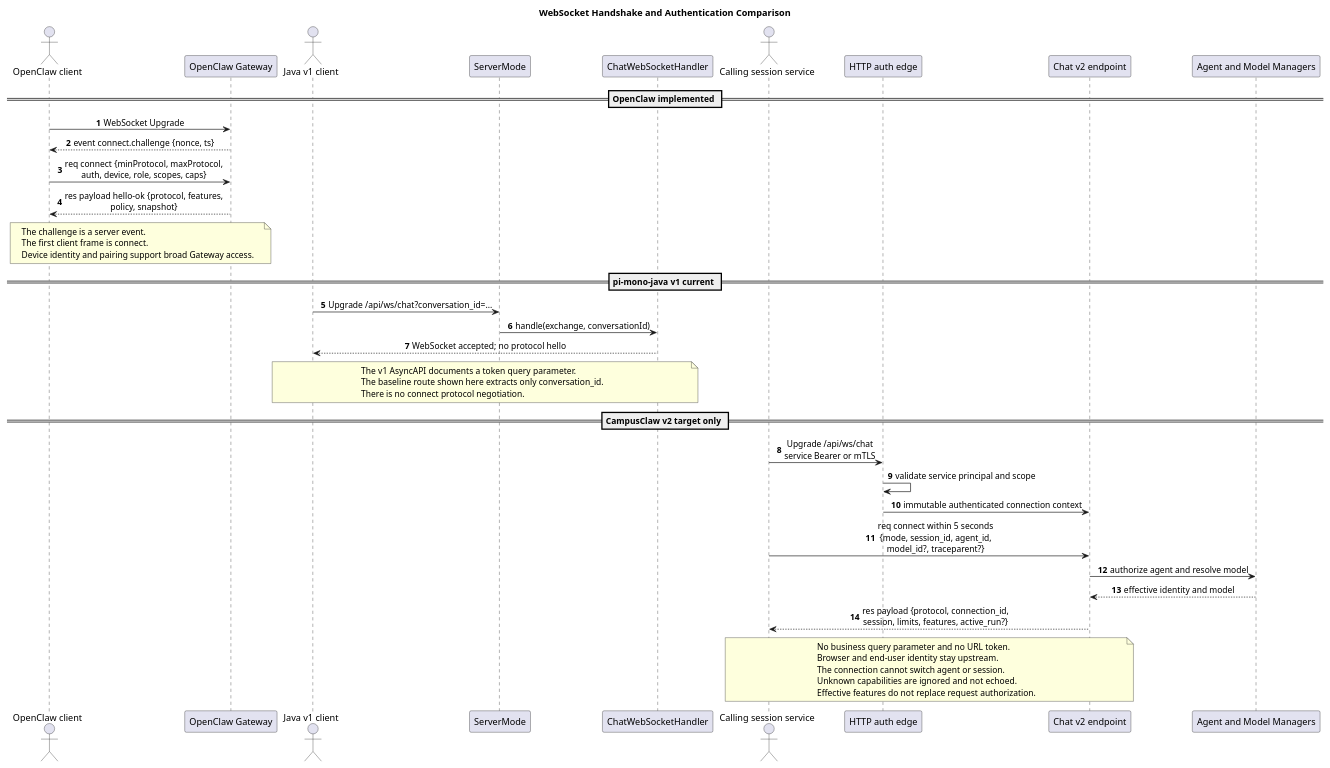
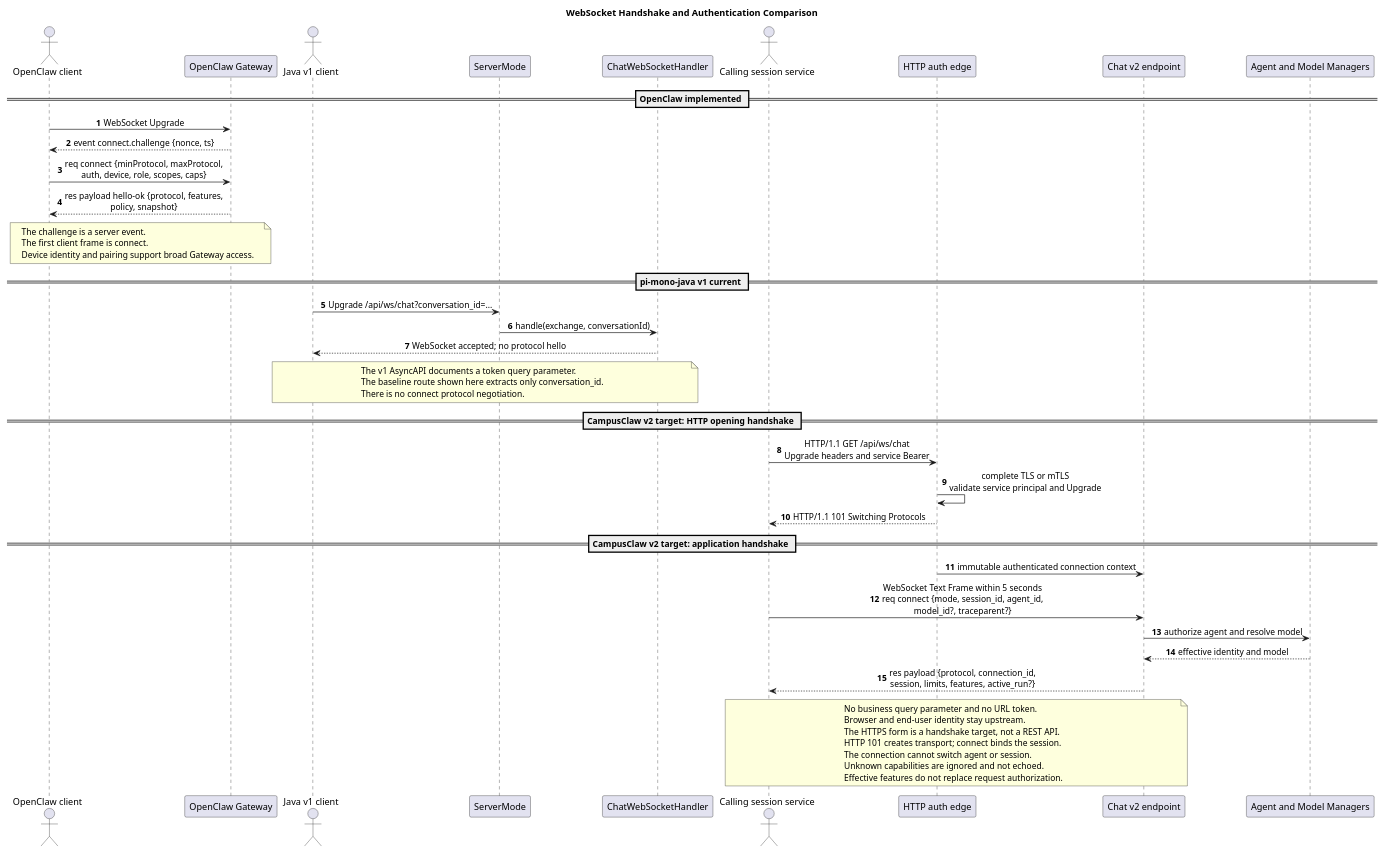
One commit to superheromeZzh/pi-mono-java-design changed the second of 4 diagrams in openclaw-campusclaw-websocket-comparison/diagram.puml. Above: the diagram before and after it, drawn with PlantUML. The commit also changed 12 other files, not shown here.

Commit message:
docs(ws): clarify HTTP upgrade boundary

```diff
--- a/openclaw-campusclaw-websocket-comparison/diagram.puml
+++ b/openclaw-campusclaw-websocket-comparison/diagram.puml
@@ -89,70 +89,76 @@
 @startuml websocket_handshake_comparison
 title WebSocket Handshake and Authentication Comparison
 
 ' OpenClaw baseline: b015925bc30f6a8363f290b07d5f8588e21422b8, Gateway Protocol v4
 ' Source: docs/gateway/protocol.md (Handshake, authentication, protocol versioning)
 ' Source: docs/gateway/clients.md (scopes, pairing, capabilities)
 ' Source: packages/gateway-protocol/src/schema/frames.ts (ConnectParamsSchema, HelloOkSchema)
 ' pi-mono-java baseline: 1f7a5423219edfa4519d8719f1cc8a188ed72873
 ' Source: modules/coding-agent-cli/src/main/java/com/campusclaw/codingagent/mode/server/ServerMode.java (configureRoutes)
 ' Source: docs/asyncapi/chat-ws.yaml (query parameters and v1 messages)
 ' Target source: pi-mono-java-manager-driven-multi-agent-runtime/chat-ws-v2.asyncapi.yaml
 ' Observed behavior: OpenClaw emits a challenge before the first client connect Request Frame.
 ' Current Java behavior: the route reads conversation_id and creates or resumes a session immediately.
 ' Target design: CampusClaw authenticates the Upgrade and then requires connect within five seconds.
 ' Target design: the Runtime authenticates only the calling service, not the end user.
+' Target design: HTTP 101 and the connect RequestFrame are different handshake layers.
 ' Design reason: service credentials stay in transport authentication and never enter chat payloads.
 
 skinparam backgroundColor #FFFFFF
 skinparam shadowing false
 skinparam sequenceMessageAlign center
 skinparam defaultFontName Arial
 autonumber
 
 actor "OpenClaw client" as OC
 participant "OpenClaw Gateway" as OG
 actor "Java v1 client" as JV1C
 participant "ServerMode" as SM
 participant "ChatWebSocketHandler" as CWH
 actor "Calling session service" as CC
 participant "HTTP auth edge" as EDGE
 participant "Chat v2 endpoint" as V2
 participant "Agent and Model Managers" as MGR
 
 == OpenClaw implemented ==
 OC -> OG : WebSocket Upgrade
 OG --> OC : event connect.challenge {nonce, ts}
 OC -> OG : req connect {minProtocol, maxProtocol,\nauth, device, role, scopes, caps}
 OG --> OC : res payload hello-ok {protocol, features,\npolicy, snapshot}
 note over OC,OG
 The challenge is a server event.
 The first client frame is connect.
 Device identity and pairing support broad Gateway access.
 end note
 
 == pi-mono-java v1 current ==
 JV1C -> SM : Upgrade /api/ws/chat?conversation_id=...
 SM -> CWH : handle(exchange, conversationId)
 CWH --> JV1C : WebSocket accepted; no protocol hello
 note over JV1C,CWH
 The v1 AsyncAPI documents a token query parameter.
 The baseline route shown here extracts only conversation_id.
 There is no connect protocol negotiation.
 end note
 
-== CampusClaw v2 target only ==
-CC -> EDGE : Upgrade /api/ws/chat\nservice Bearer or mTLS
-EDGE -> EDGE : validate service principal and scope
+== CampusClaw v2 target: HTTP opening handshake ==
+CC -> EDGE : HTTP/1.1 GET /api/ws/chat\nUpgrade headers and service Bearer
+EDGE -> EDGE : complete TLS or mTLS\nvalidate service principal and Upgrade
+EDGE --> CC : HTTP/1.1 101 Switching Protocols
+
+== CampusClaw v2 target: application handshake ==
 EDGE -> V2 : immutable authenticated connection context
-CC -> V2 : req connect within 5 seconds\n{mode, session_id, agent_id,\nmodel_id?, traceparent?}
+CC -> V2 : WebSocket Text Frame within 5 seconds\nreq connect {mode, session_id, agent_id,\nmodel_id?, traceparent?}
 V2 -> MGR : authorize agent and resolve model
 MGR --> V2 : effective identity and model
 V2 --> CC : res payload {protocol, connection_id,\nsession, limits, features, active_run?}
 note over CC,V2
 No business query parameter and no URL token.
 Browser and end-user identity stay upstream.
+The HTTPS form is a handshake target, not a REST API.
+HTTP 101 creates transport; connect binds the session.
 The connection cannot switch agent or session.
 Unknown capabilities are ignored and not echoed.
 Effective features do not replace request authorization.
 end note
 @enduml
```
